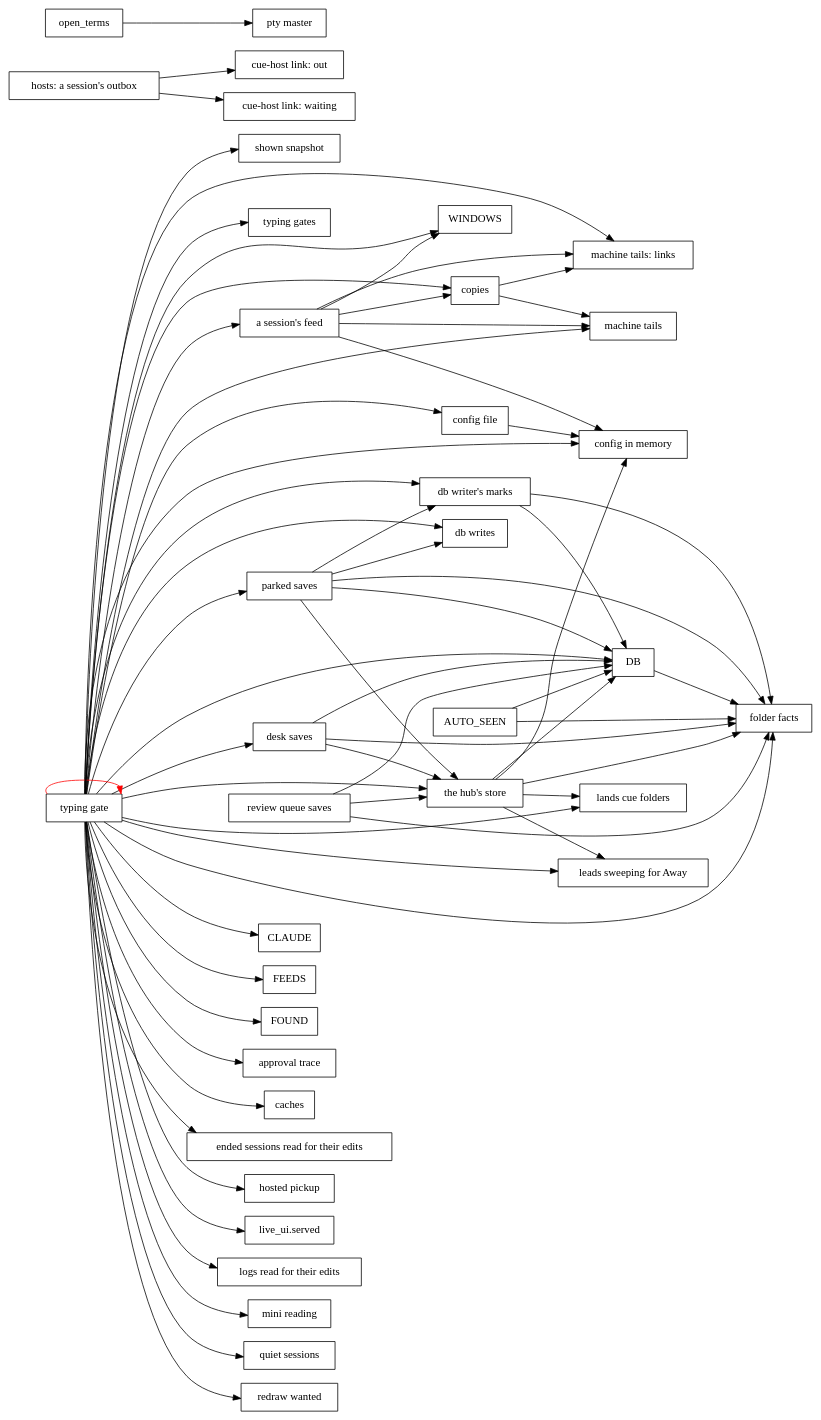
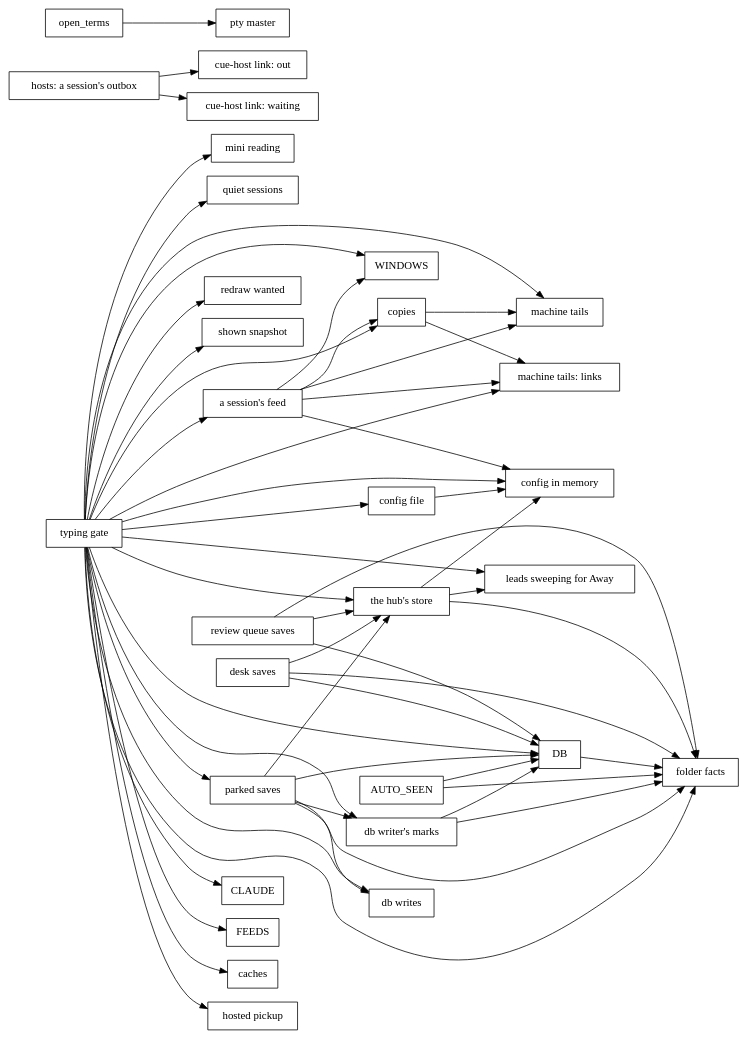
Before and after one commit to spacegrowth/cue: the diagram in docs/dev/lock-graph.dot, drawn with Graphviz. The commit also changed 23 other files, not shown here.

```diff
--- a/docs/dev/lock-graph.dot
+++ b/docs/dev/lock-graph.dot
@@ -1,68 +1,57 @@
 // Generated by `cargo run -p xtask -- inventory`; don't edit by hand.
 digraph locks {
   rankdir=LR;
   node [shape=box];
   "AUTO_SEEN" -> "DB";
   "AUTO_SEEN" -> "folder facts";
   "DB" -> "folder facts";
   "a session's feed" -> "WINDOWS";
   "a session's feed" -> "config in memory";
   "a session's feed" -> "copies";
   "a session's feed" -> "machine tails";
   "a session's feed" -> "machine tails: links";
   "config file" -> "config in memory";
   "copies" -> "machine tails";
   "copies" -> "machine tails: links";
   "db writer's marks" -> "DB";
   "db writer's marks" -> "folder facts";
   "desk saves" -> "DB";
   "desk saves" -> "folder facts";
   "desk saves" -> "the hub's store";
   "hosts: a session's outbox" -> "cue-host link: out";
   "hosts: a session's outbox" -> "cue-host link: waiting";
   "open_terms" -> "pty master";
   "parked saves" -> "DB";
   "parked saves" -> "db writer's marks";
   "parked saves" -> "db writes";
   "parked saves" -> "folder facts";
   "parked saves" -> "the hub's store";
   "review queue saves" -> "DB";
   "review queue saves" -> "folder facts";
   "review queue saves" -> "the hub's store";
-  "the hub's store" -> "DB";
   "the hub's store" -> "config in memory";
   "the hub's store" -> "folder facts";
-  "the hub's store" -> "lands cue folders";
   "the hub's store" -> "leads sweeping for Away";
   "typing gate" -> "CLAUDE";
   "typing gate" -> "DB";
   "typing gate" -> "FEEDS";
-  "typing gate" -> "FOUND";
   "typing gate" -> "WINDOWS";
   "typing gate" -> "a session's feed";
-  "typing gate" -> "approval trace";
   "typing gate" -> "caches";
   "typing gate" -> "config file";
   "typing gate" -> "config in memory";
   "typing gate" -> "copies";
   "typing gate" -> "db writer's marks";
   "typing gate" -> "db writes";
-  "typing gate" -> "desk saves";
-  "typing gate" -> "ended sessions read for their edits";
   "typing gate" -> "folder facts";
   "typing gate" -> "hosted pickup";
-  "typing gate" -> "lands cue folders";
   "typing gate" -> "leads sweeping for Away";
-  "typing gate" -> "live_ui.served";
-  "typing gate" -> "logs read for their edits";
   "typing gate" -> "machine tails";
   "typing gate" -> "machine tails: links";
   "typing gate" -> "mini reading";
   "typing gate" -> "parked saves";
   "typing gate" -> "quiet sessions";
   "typing gate" -> "redraw wanted";
   "typing gate" -> "shown snapshot";
   "typing gate" -> "the hub's store";
-  "typing gate" -> "typing gate" [color=red];
-  "typing gate" -> "typing gates";
 }
```
